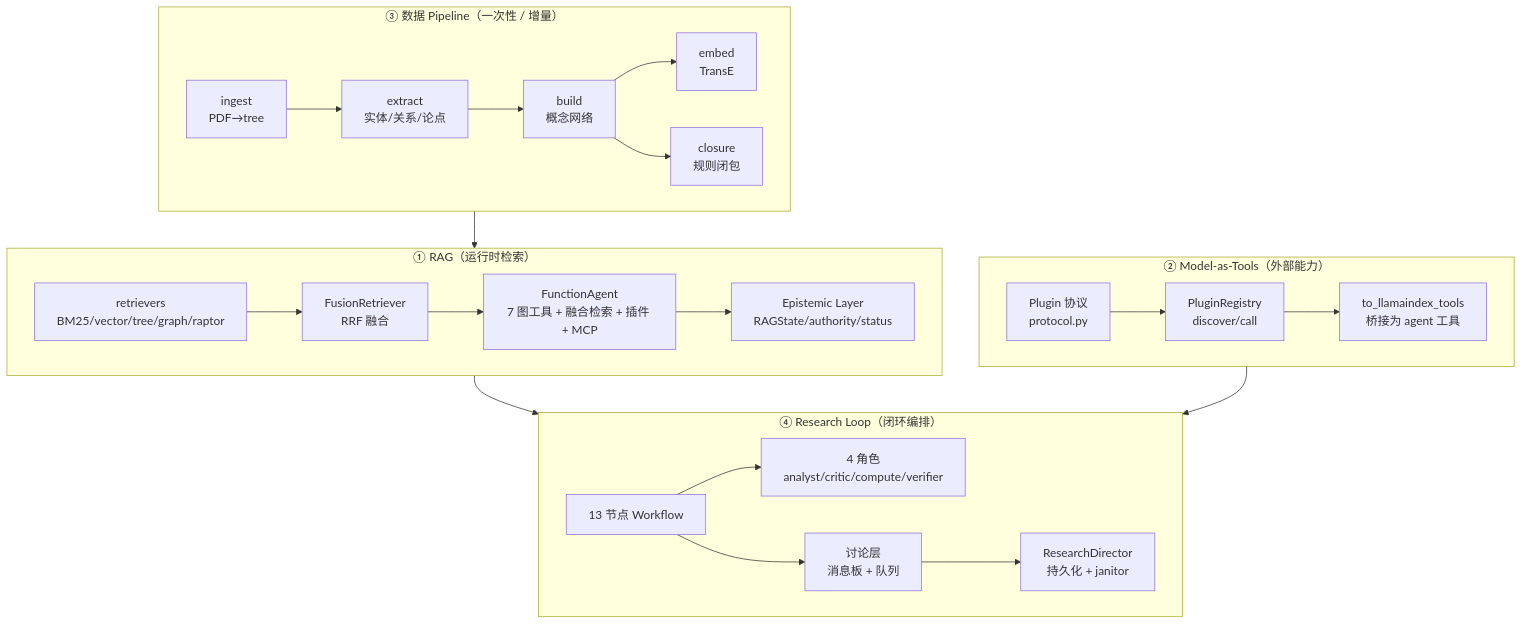
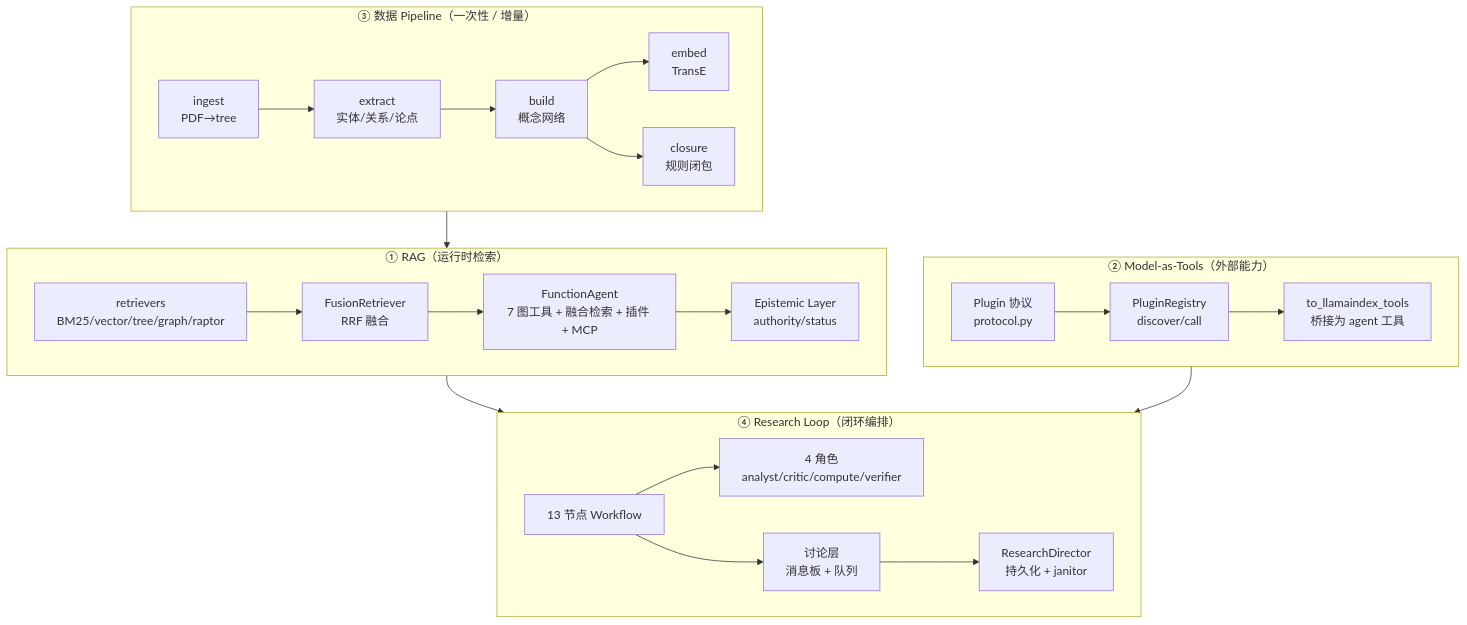
One commit to UynajGI/drbrain changed the first of 4 diagrams in docs/drbrain-architecture.md. Above: the diagram before and after it, drawn with Mermaid. The commit also changed other lines of this file and 54 other files, not shown here.

Commit message:
Research-loop architecture: 18-item roadmap, de-contamination, rounds 5-7 review fixes (#39)

````diff
--- a/docs/drbrain-architecture.md
+++ b/docs/drbrain-architecture.md
@@ -25,34 +25,34 @@
 ```mermaid
 flowchart TB
     subgraph Pipeline["③ 数据 Pipeline（一次性 / 增量）"]
         direction LR
         INGEST["ingest<br/>PDF→tree"] --> EXTRACT["extract<br/>实体/关系/论点"]
         EXTRACT --> BUILD["build<br/>概念网络"]
         BUILD --> EMBED["embed<br/>TransE"]
         BUILD --> CLOSURE["closure<br/>规则闭包"]
     end
 
     subgraph RAG["① RAG（运行时检索）"]
         direction LR
         RETR["retrievers<br/>BM25/vector/tree/graph/raptor"] --> FUSE["FusionRetriever<br/>RRF 融合"]
         FUSE --> AGENT["FunctionAgent<br/>7 图工具 + 融合检索 + 插件 + MCP"]
-        AGENT --> EPI["Epistemic Layer<br/>RAGState/authority/status"]
+        AGENT --> EPI["Epistemic Layer<br/>authority/status"]
     end
 
     subgraph PLUGINS["② Model-as-Tools（外部能力）"]
         direction LR
         PROTO["Plugin 协议<br/>protocol.py"] --> REG["PluginRegistry<br/>discover/call"]
         REG --> TOOLS["to_llamaindex_tools<br/>桥接为 agent 工具"]
     end
 
     subgraph LOOP["④ Research Loop（闭环编排）"]
         direction LR
         WF["13 节点 Workflow"] --> ROLES["4 角色<br/>analyst/critic/compute/verifier"]
         WF --> DISC["讨论层<br/>消息板 + 队列"]
         DISC --> DIR["ResearchDirector<br/>持久化 + janitor"]
     end
 
     RAG --> LOOP
     PLUGINS --> LOOP
     Pipeline --> RAG
 ```
````
